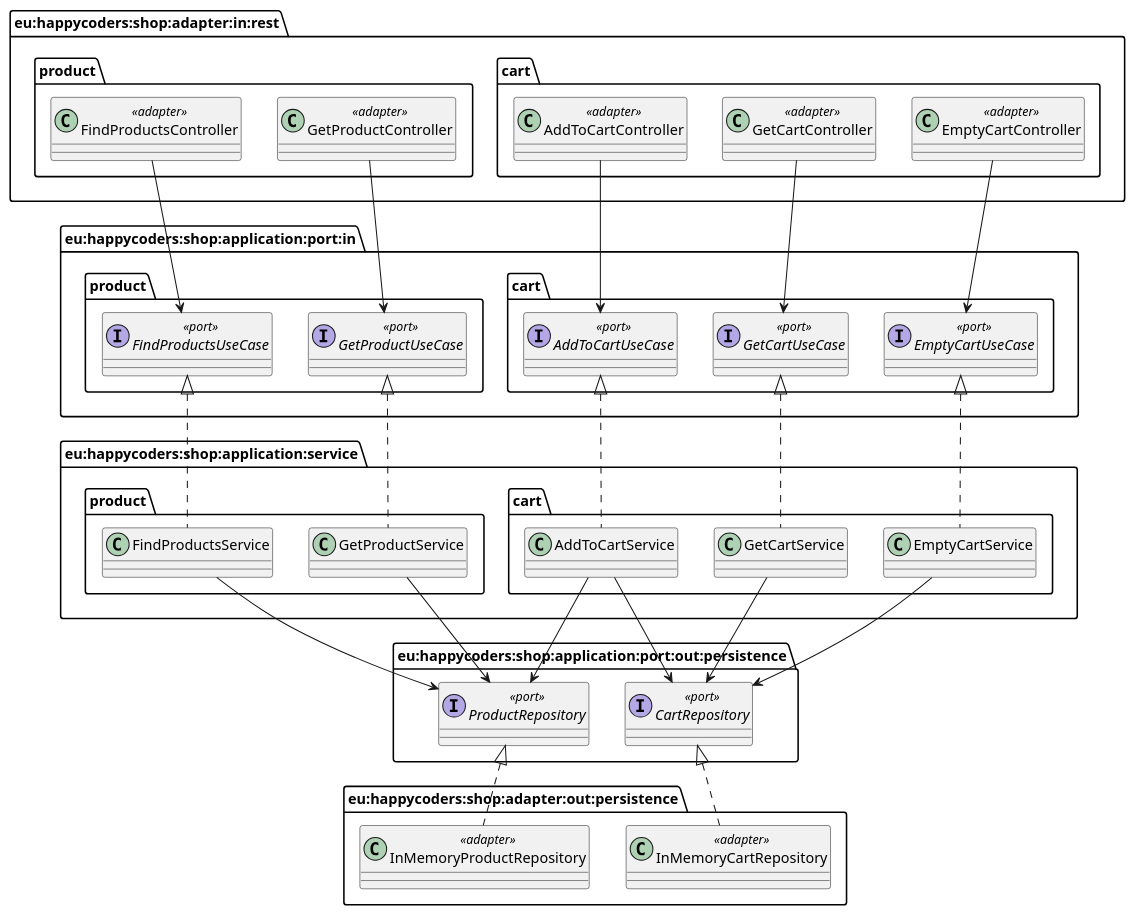
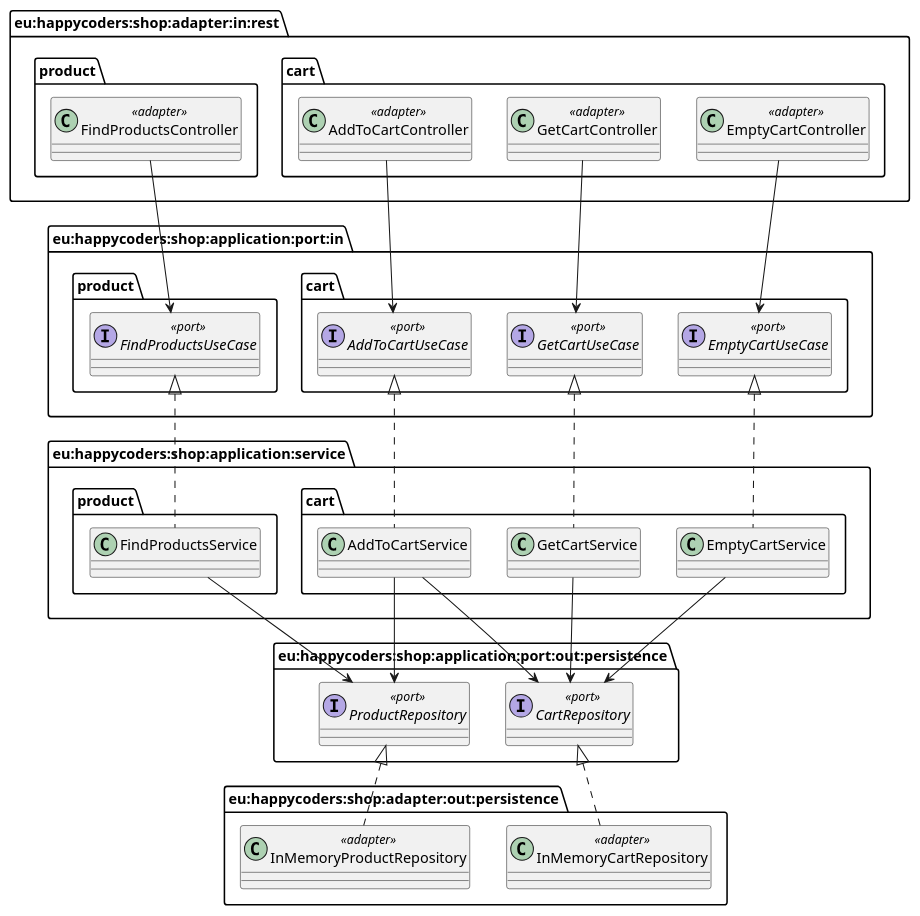
The diagram in doc/ports-and-services-and-adapters.plantuml (SvenWoltmann/hexagonal-architecture-java), drawn with PlantUML before and after one commit. The commit also changed 11 other files, not shown here.

Commit message:
Remove GetProducts use case, service, controller

```diff
--- a/doc/ports-and-services-and-adapters.plantuml
+++ b/doc/ports-and-services-and-adapters.plantuml
@@ -1,65 +1,60 @@
 @startuml
 package "eu:happycoders:shop:adapter:in:rest" {
     package "cart" {
         class EmptyCartController<<adapter>> {}
         class GetCartController<<adapter>> {}
         class AddToCartController<<adapter>> {}
     }
     package "product" {
-        class GetProductController<<adapter>> {}
         class FindProductsController<<adapter>> {}
     }
 }
 
 package "eu:happycoders:shop:application:port:in" {
     package "cart" {
         interface EmptyCartUseCase<<port>> {}
         interface GetCartUseCase<<port>> {}
         interface AddToCartUseCase<<port>> {}
 
         EmptyCartController --> EmptyCartUseCase
         GetCartController --> GetCartUseCase
         AddToCartController --> AddToCartUseCase
     }
     package "product" {
-        interface GetProductUseCase<<port>> {}
         interface FindProductsUseCase<<port>>
 
-        GetProductController --> GetProductUseCase
         FindProductsController --> FindProductsUseCase
     }
 }
 
 package "eu:happycoders:shop:application:service" {
     package "cart" {
         EmptyCartUseCase <|.. EmptyCartService
         GetCartUseCase <|.. GetCartService
         AddToCartUseCase <|.. AddToCartService
     }
     package "product" {
-        GetProductUseCase <|.. GetProductService
         FindProductsUseCase <|.. FindProductsService
     }
 }
 
 package "eu:happycoders:shop:application:port:out:persistence" {
         interface CartRepository<<port>>
         interface ProductRepository<<port>>
 
         AddToCartService --> CartRepository
         AddToCartService --> ProductRepository
         EmptyCartService --> CartRepository
         GetCartService --> CartRepository
 
         FindProductsService --> ProductRepository
-        GetProductService --> ProductRepository
 }
 
 package "eu:happycoders:shop:adapter:out:persistence" {
         class InMemoryCartRepository<<adapter>> {}
         class InMemoryProductRepository<<adapter>> {}
 
         CartRepository <|.. InMemoryCartRepository
         ProductRepository <|.. InMemoryProductRepository
 }
 @enduml
```
